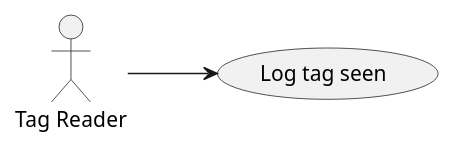
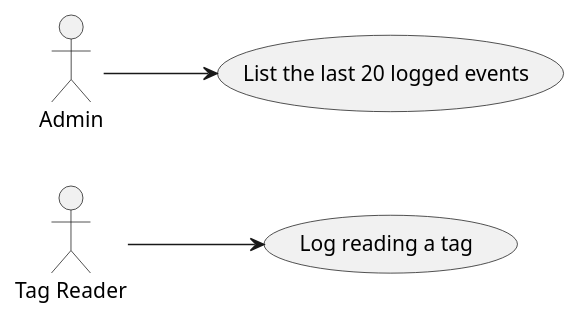
Before and after one commit to FabLabMons/access-control-appengine: the diagram in documentation/Use cases.puml, drawn with PlantUML. The commit also changed 9 other files, not shown here.

Commit message:
List the last 20 logged events.

```diff
--- a/documentation/Use cases.puml
+++ b/documentation/Use cases.puml
@@ -1,5 +1,6 @@
 @startuml
 left to right direction
 :Tag Reader: as Reader
-Reader --> (Log tag seen)
+Reader --> (Log reading a tag)
+Admin --> (List the last 20 logged events)
 @enduml
```
